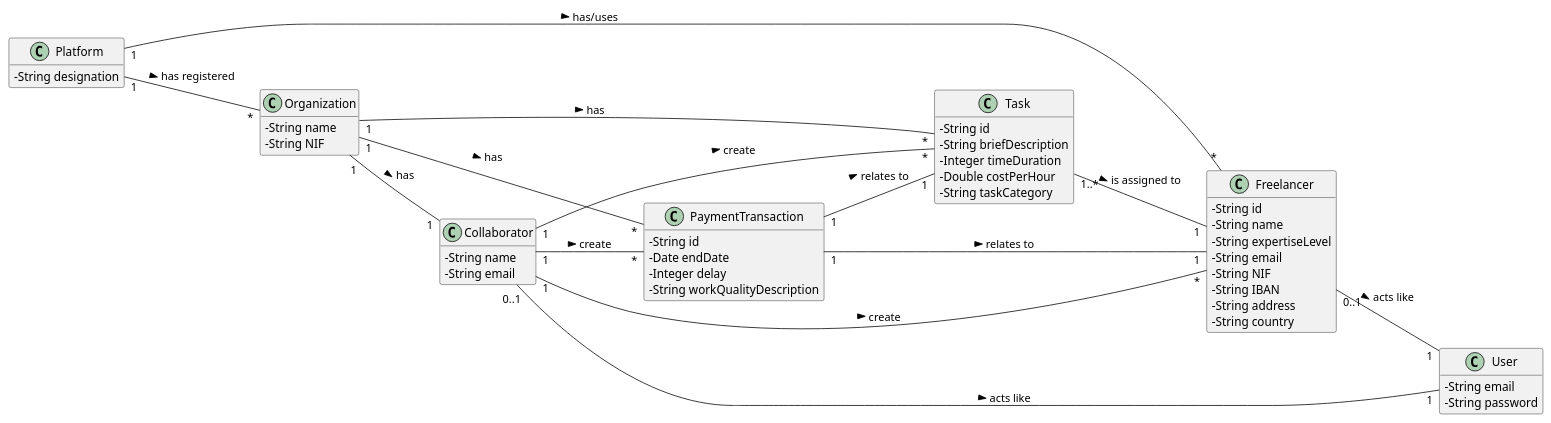
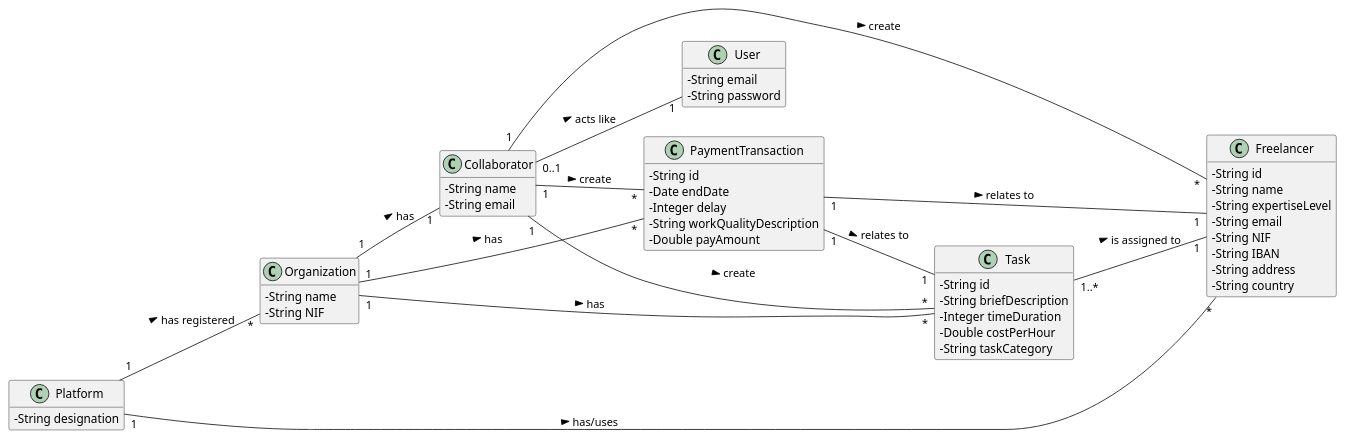
Before and after one commit to pedrolemos4/LAPR2: the diagram in docs/UC3 - Create Payment Transaction/UC3_MD.puml, drawn with PlantUML. The commit also changed 9 other files, not shown here.

```diff
--- a/docs/UC3 - Create Payment Transaction/UC3_MD.puml
+++ b/docs/UC3 - Create Payment Transaction/UC3_MD.puml
@@ -1,66 +1,66 @@
 @startuml
 skinparam classAttributeIconSize 0
 hide methods
 left to right direction
 
 class Platform {
   -String designation
 }
 
 class Organization {
   -String name
   -String NIF
 }
 
 class Collaborator {
   -String name
   -String email
 }
 
 
 class User {
   -String email
   -String password
 }
 
 class Freelancer {
   -String id
   -String name
   -String expertiseLevel
   -String email
   -String NIF
   -String IBAN
   -String address
   -String country
   }
 
 class Task {
  -String id
  -String briefDescription
  -Integer timeDuration
  -Double costPerHour
  -String taskCategory
 }
 
 class PaymentTransaction{
   -String id
   -Date endDate
   -Integer delay
   -String workQualityDescription
+  -Double payAmount
 }
 
 Platform "1" -- "*" Organization : has registered >
 Platform "1" -- "*" Freelancer : has/uses >
 Organization "1" -- "1" Collaborator: has >
 Organization "1" -- "*" Task: has >
 Organization "1" -- "*" PaymentTransaction: has >
 Collaborator "0..1" -- "1" User: acts like >
-Freelancer "0..1" -- "1" User: acts like >
 Collaborator "1" -- "*" Freelancer: create >
 Collaborator "1" -- "*" Task: create >
 Collaborator "1" -- "*" PaymentTransaction: create >
 PaymentTransaction "1" -- "1" Freelancer: relates to >
 PaymentTransaction "1" -- "1" Task: relates to >
 Task "1..*" -- "1" Freelancer: is assigned to >
 
 @enduml
```
